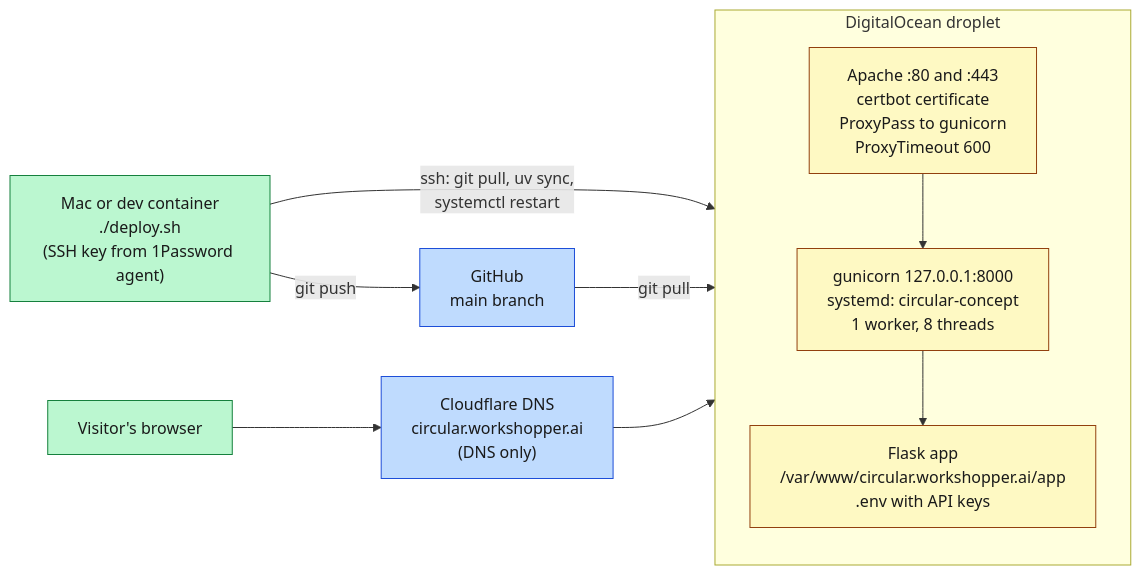
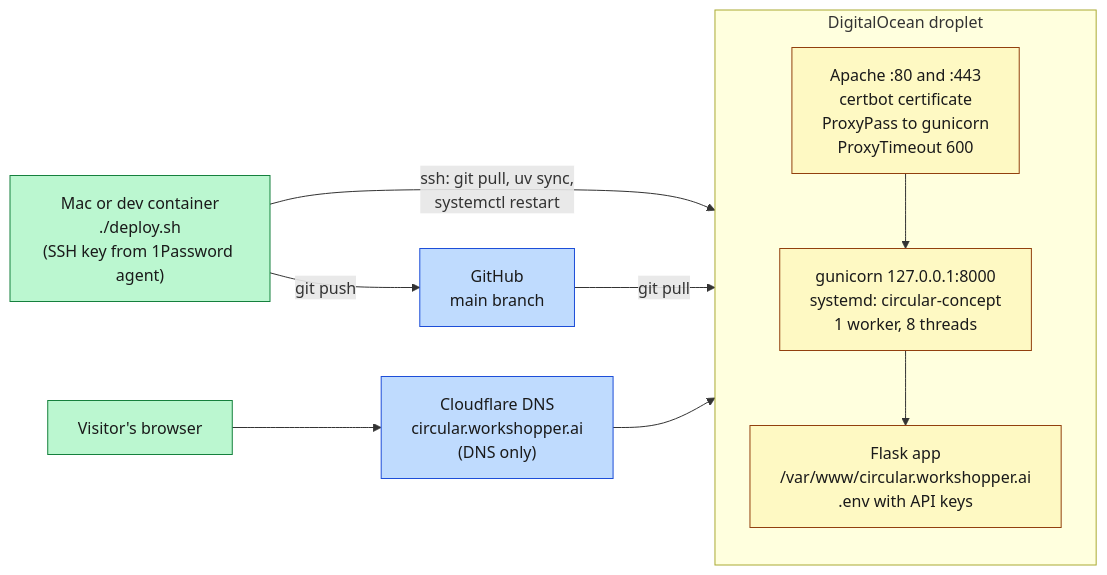
Before and after one commit to dscamahorn/snowball-sprint-demo-app: the second of 3 diagrams in docs/architecture.md, drawn with Mermaid. The commit also changed 5 other files, not shown here.

````diff
--- a/docs/architecture.md
+++ b/docs/architecture.md
@@ -93,24 +93,24 @@
 ```mermaid
 flowchart LR
     classDef local fill:#bbf7d0,stroke:#15803d,color:#1a1a1a
     classDef edge  fill:#bfdbfe,stroke:#1d4ed8,color:#1a1a1a
     classDef box   fill:#fef9c3,stroke:#92400e,color:#1a1a1a
 
     Dev["Mac or dev container\n./deploy.sh\n(SSH key from 1Password agent)"]:::local
     GitHub["GitHub\nmain branch"]:::edge
     Browser["Visitor's browser"]:::local
     Cloudflare["Cloudflare DNS\ncircular.workshopper.ai\n(DNS only)"]:::edge
 
     subgraph Droplet["DigitalOcean droplet <droplet ip>"]
         direction TB
         Apache["Apache :80 and :443\ncertbot certificate\nProxyPass to gunicorn\nProxyTimeout 600"]:::box
         Gunicorn["gunicorn 127.0.0.1:8000\nsystemd: circular-concept\n1 worker, 8 threads"]:::box
-        App["Flask app\n/var/www/circular.workshopper.ai/app\n.env with API keys"]:::box
+        App["Flask app\n/var/www/circular.workshopper.ai\n.env with API keys"]:::box
         Apache --> Gunicorn --> App
     end
 
     Dev -->|"git push"| GitHub
     Dev -->|"ssh: git pull, uv sync,\nsystemctl restart"| App
     GitHub -->|"git pull"| App
     Browser --> Cloudflare --> Apache
 ```
````
